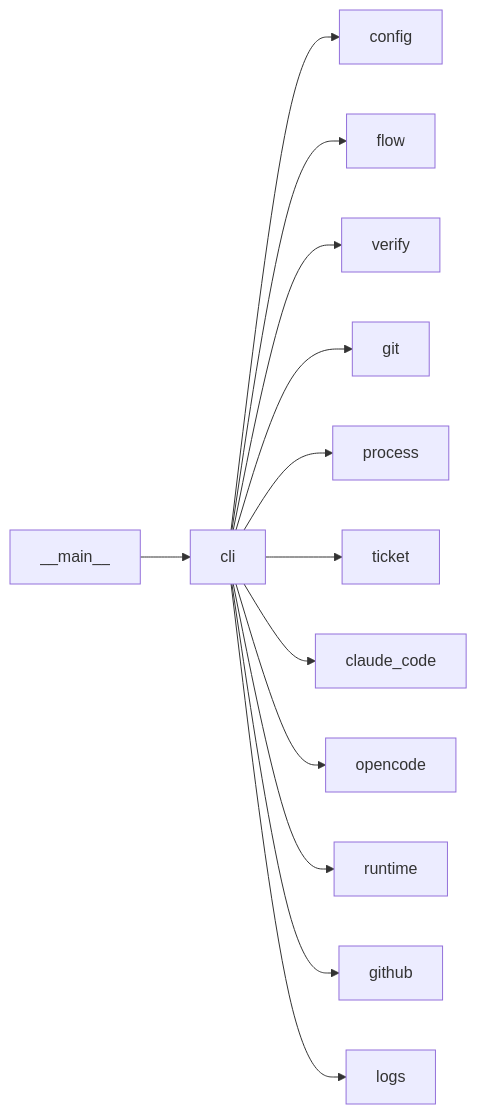
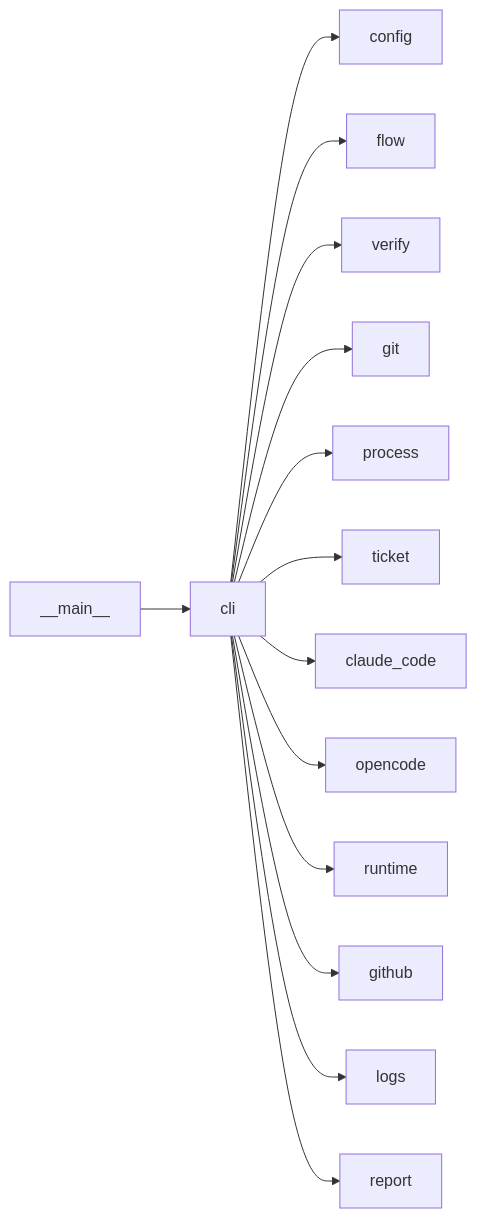
Before and after one commit to plaplanche/ariane: the diagram in docs/architecture/modules/cli.md, drawn with Mermaid. The commit also changed other lines of this file and 8 other files, not shown here.

````diff
--- a/docs/architecture/modules/cli.md
+++ b/docs/architecture/modules/cli.md
@@ -15,15 +15,16 @@
 ```mermaid
 flowchart LR
   cli --> config
   cli --> flow
   cli --> verify
   cli --> git
   cli --> process
   cli --> ticket
   cli --> claude_code
   cli --> opencode
   cli --> runtime
   cli --> github
   cli --> logs
+  cli --> report
   __main__ --> cli
 ```
````
